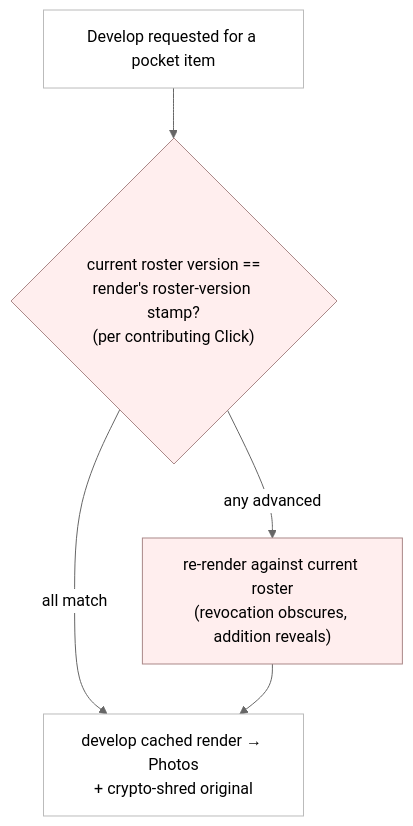
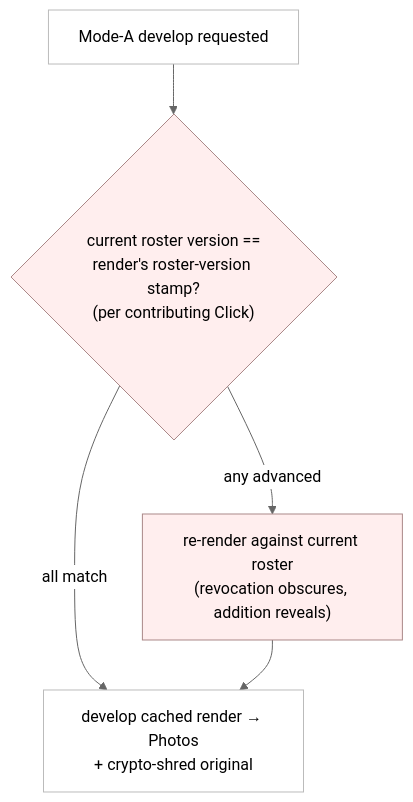
The ninth of 10 diagrams in PROTOCOL.md (carlheinmostert/myclick-protocol), drawn with Mermaid (neutral theme) before and after one commit. The commit also changed other lines of this file, not shown here.

````diff
--- a/PROTOCOL.md
+++ b/PROTOCOL.md
@@ -1104,12 +1233,12 @@
 ```mermaid
 flowchart TB
-    P["Develop requested for a pocket item"] --> C{"current roster version ==<br/>render's roster-version stamp?<br/>(per contributing Click)"}
+    P["Mode-A develop requested"] --> C{"current roster version ==<br/>render's roster-version stamp?<br/>(per contributing Click)"}
     C -->|all match| W["develop cached render → Photos<br/>+ crypto-shred original"]
     C -->|any advanced| RD["re-render against current roster<br/>(revocation obscures, addition reveals)"]
     RD --> W
 
     classDef plain fill:#fff,stroke:#bbb,color:#000;
     classDef disk fill:#fee,stroke:#a88,color:#000;
     class P,W plain;
     class C,RD disk;
 ```
````
